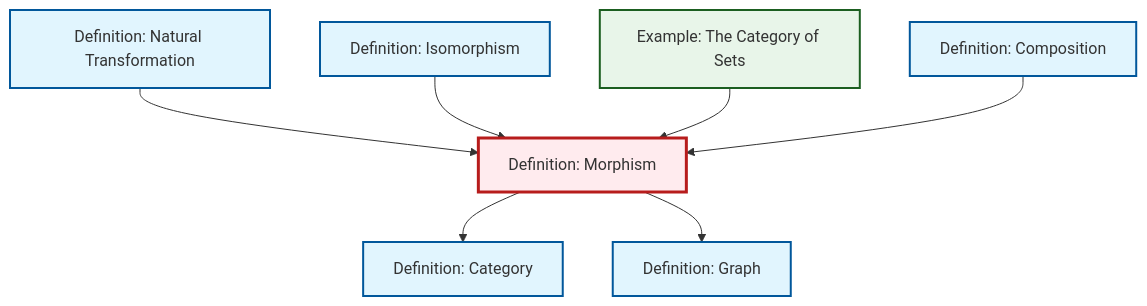
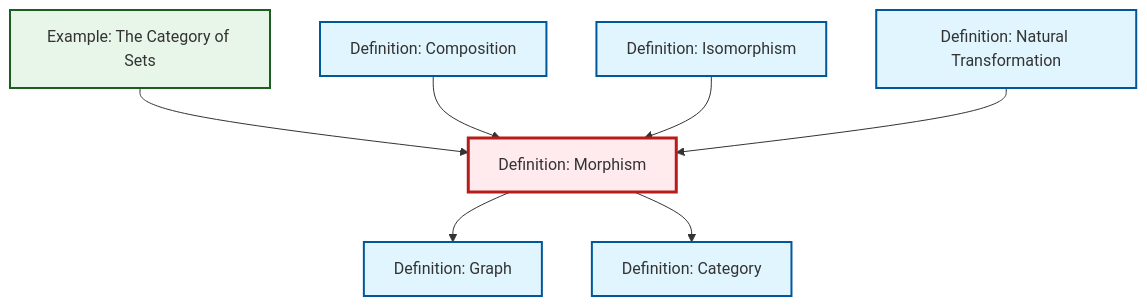
Before and after one commit to RK0429/ModernMath: the diagram in content/ja/category-theory/def-morphism.qmd, drawn with Mermaid. The commit also changed other lines of this file and 531 other files, not shown here.

````diff
--- a/content/ja/category-theory/def-morphism.qmd
+++ b/content/ja/category-theory/def-morphism.qmd
@@ -57,29 +57,29 @@
 ```{mermaid}
 %%| fig-cap: "Local dependency graph"
 graph TD
     classDef definition fill:#e1f5fe,stroke:#01579b,stroke-width:2px
     classDef theorem fill:#f3e5f5,stroke:#4a148c,stroke-width:2px
     classDef axiom fill:#fff3e0,stroke:#e65100,stroke-width:2px
     classDef example fill:#e8f5e9,stroke:#1b5e20,stroke-width:2px
     classDef current fill:#ffebee,stroke:#b71c1c,stroke-width:3px
     def-natural-transformation["Definition: Natural Transformation"]:::definition
-    ex-set-category["Example: The Category of Sets"]:::example
     def-morphism["Definition: Morphism"]:::definition
     def-category["Definition: Category"]:::definition
+    ex-set-category["Example: The Category of Sets"]:::example
     def-composition["Definition: Composition"]:::definition
     def-graph["Definition: Graph"]:::definition
     def-isomorphism["Definition: Isomorphism"]:::definition
+    ex-set-category --> def-morphism
+    def-composition --> def-morphism
+    def-morphism --> def-graph
+    def-isomorphism --> def-morphism
+    def-morphism --> def-category
     def-natural-transformation --> def-morphism
-    def-morphism --> def-category
-    def-isomorphism --> def-morphism
-    ex-set-category --> def-morphism
-    def-morphism --> def-graph
-    def-composition --> def-morphism
     class def-morphism current
     click def-natural-transformation "def-natural-transformation.html" "Definition: Natural Transformationへ"
+    click def-category "def-category.html" "Definition: Categoryへ"
     click ex-set-category "ex-set-category.html" "Example: The Category of Setsへ"
-    click def-category "def-category.html" "Definition: Categoryへ"
     click def-composition "def-composition.html" "Definition: Compositionへ"
     click def-graph "def-graph.html" "Definition: Graphへ"
     click def-isomorphism "def-isomorphism.html" "Definition: Isomorphismへ"
 ```
````
